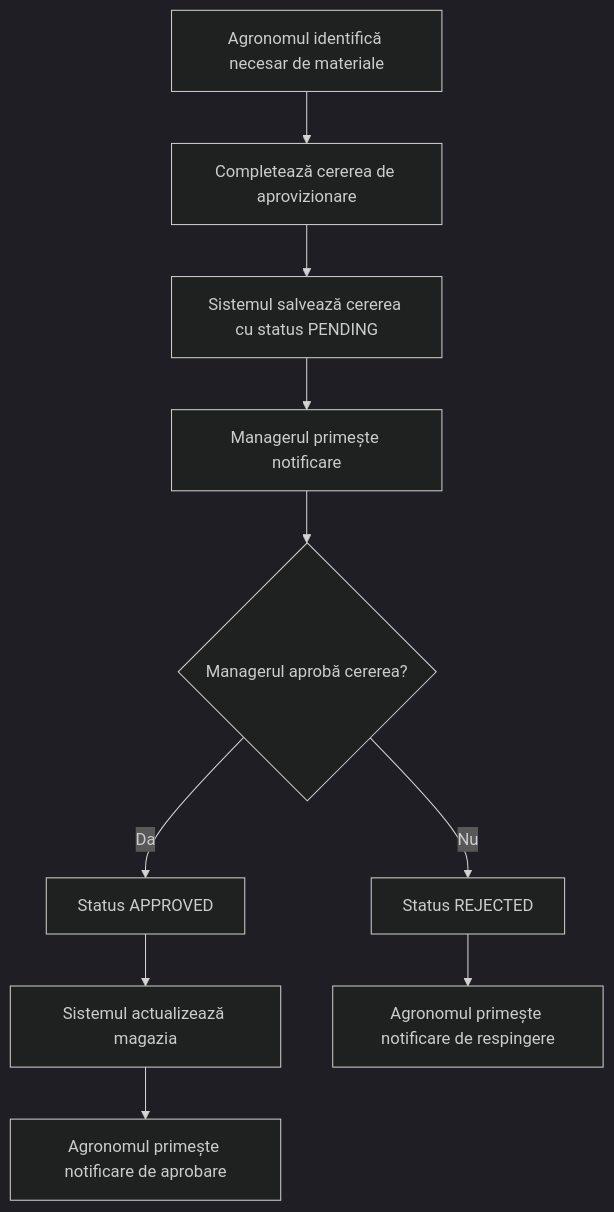
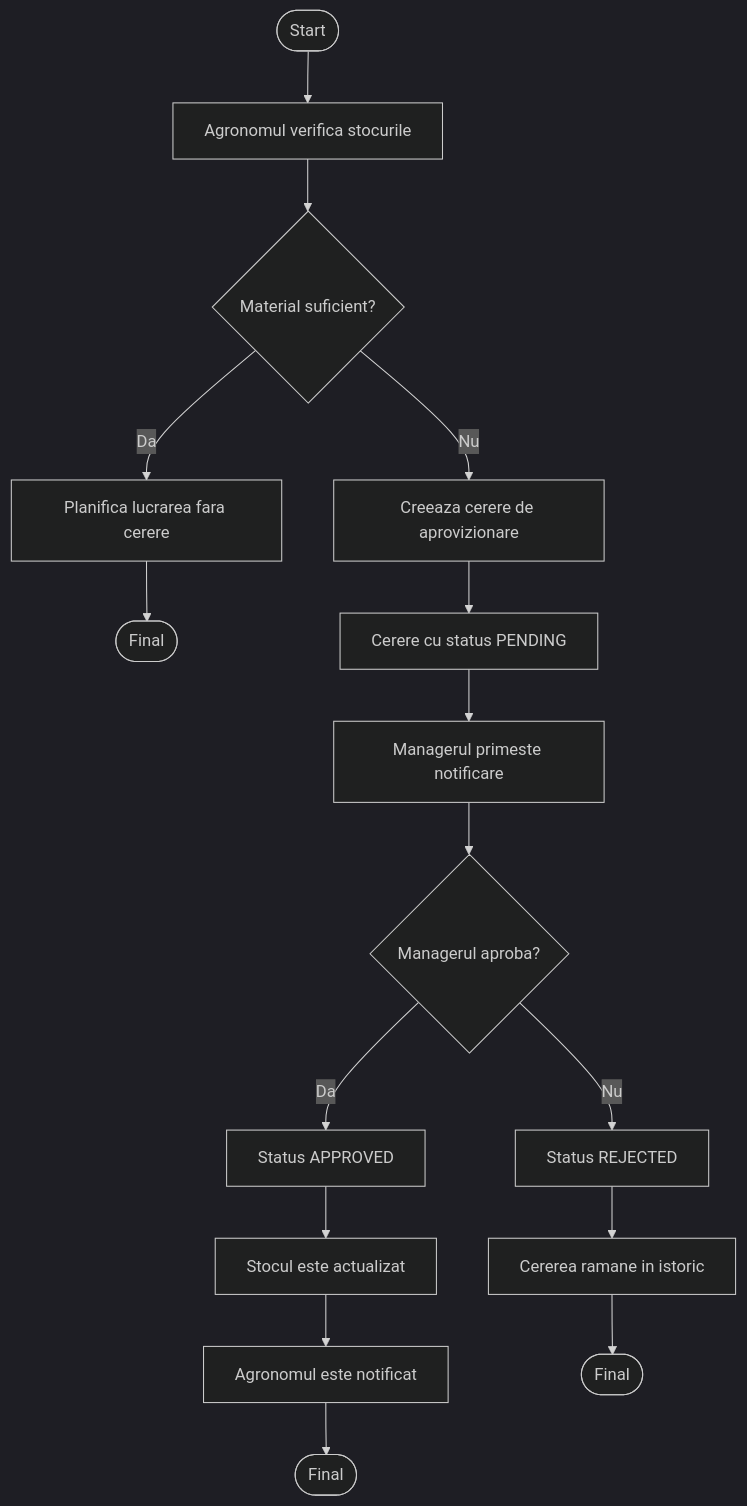
One commit to Doriann03/AgroManager changed the diagram in docs/licenta/diagrame/figura_3_8_flux_cerere_aprovizionare.mmd. Above: the diagram before and after it, drawn with Mermaid (dark theme). The commit also changed 61 other files, not shown here.

```diff
--- a/docs/licenta/diagrame/figura_3_8_flux_cerere_aprovizionare.mmd
+++ b/docs/licenta/diagrame/figura_3_8_flux_cerere_aprovizionare.mmd
@@ -1,10 +1,19 @@
 flowchart TD
-    A["Agronomul identifică necesar de materiale"] --> B["Completează cererea de aprovizionare"]
-    B --> C["Sistemul salvează cererea cu status PENDING"]
-    C --> D["Managerul primește notificare"]
-    D --> E{"Managerul aprobă cererea?"}
-    E -->|Da| F["Status APPROVED"]
-    F --> G["Sistemul actualizează magazia"]
-    G --> H["Agronomul primește notificare de aprobare"]
-    E -->|Nu| I["Status REJECTED"]
-    I --> J["Agronomul primește notificare de respingere"]
+    Start([Start]) --> Check["Agronomul verifica stocurile"]
+    Check --> Need{"Material suficient?"}
+    Need -->|Da| Plan["Planifica lucrarea fara cerere"]
+    Plan --> End1([Final])
+
+    Need -->|Nu| Create["Creeaza cerere de aprovizionare"]
+    Create --> Pending["Cerere cu status PENDING"]
+    Pending --> Notify["Managerul primeste notificare"]
+    Notify --> Decision{"Managerul aproba?"}
+
+    Decision -->|Da| Approved["Status APPROVED"]
+    Approved --> Stock["Stocul este actualizat"]
+    Stock --> NotifyAgr["Agronomul este notificat"]
+    NotifyAgr --> End2([Final])
+
+    Decision -->|Nu| Rejected["Status REJECTED"]
+    Rejected --> Reason["Cererea ramane in istoric"]
+    Reason --> End3([Final])
```
